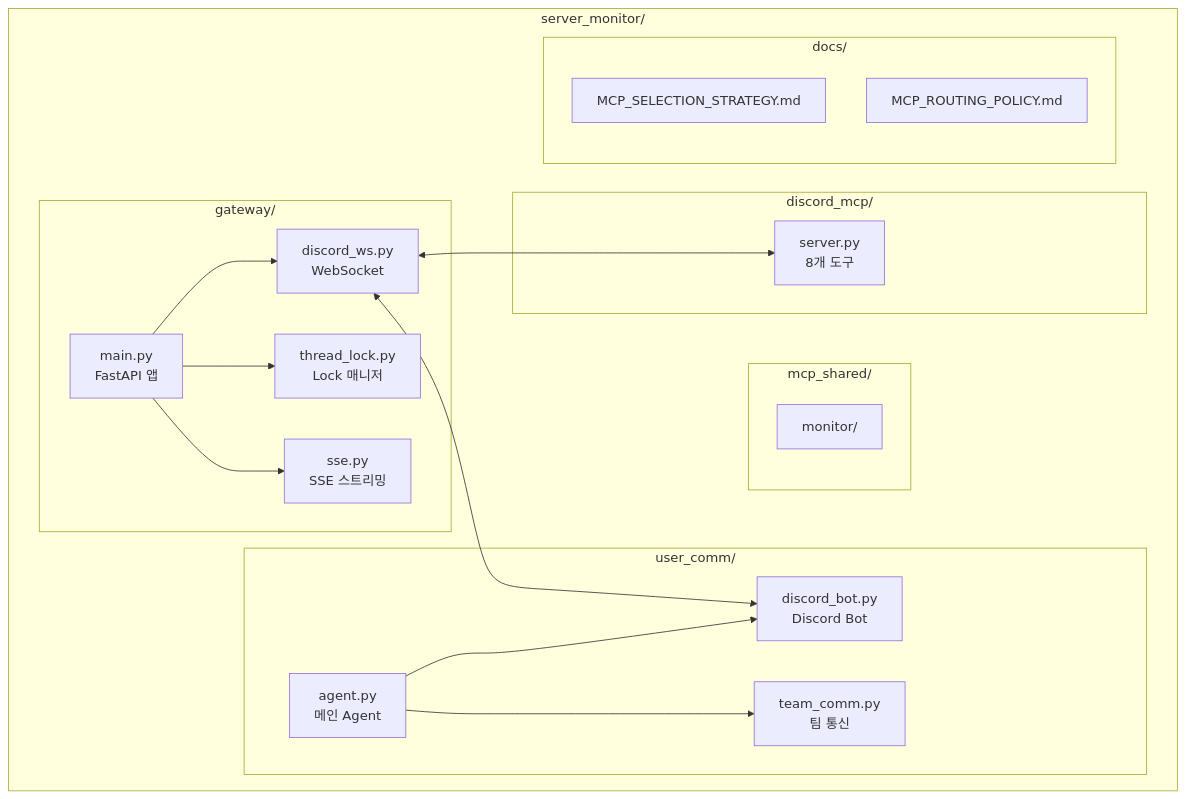
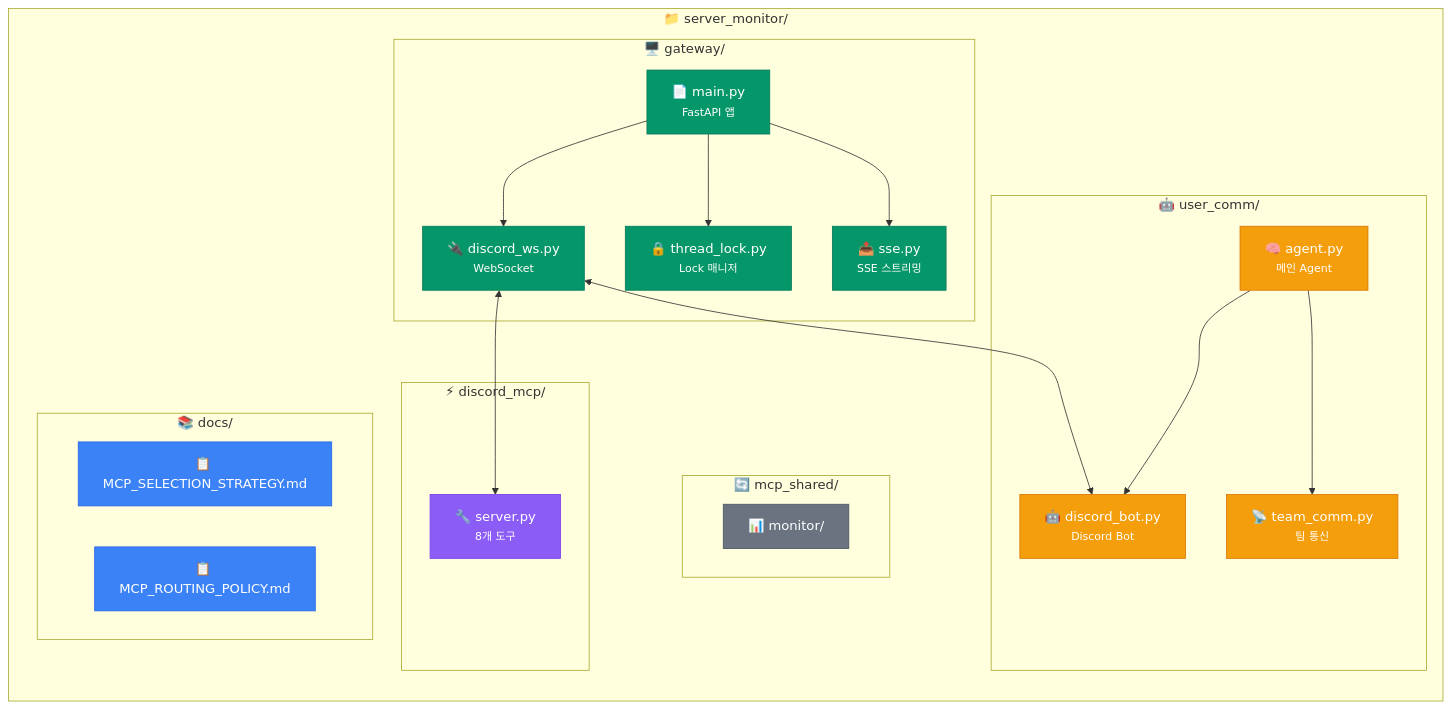
Before and after one commit to yarang/blogs: the seventh of 8 diagrams in content/ko/post/2026-03-01-013-discord-gateway-mcp-아키텍처-설계.md, drawn with Mermaid. The commit also changed other lines of this file and 4 other files, not shown here.

First line of the commit message:
Upgrade Mermaid diagrams with enhanced styling

````diff
--- a/content/ko/post/2026-03-01-013-discord-gateway-mcp-아키텍처-설계.md
+++ b/content/ko/post/2026-03-01-013-discord-gateway-mcp-아키텍처-설계.md
@@ -356,38 +408,47 @@
 ```mermaid
 flowchart TB
-    subgraph Project["server_monitor/"]
-        subgraph Gateway["gateway/"]
-            Main["main.py<br/>FastAPI 앱"]
-            WS["discord_ws.py<br/>WebSocket"]
-            Lock["thread_lock.py<br/>Lock 매니저"]
-            SSE["sse.py<br/>SSE 스트리밍"]
+    %% 스타일 정의
+    classDef gateway fill:#059669,stroke:#047857,color:#fff
+    classDef usercomm fill:#F59E0B,stroke:#D97706,color:#fff
+    classDef mcp fill:#8B5CF6,stroke:#7C3AED,color:#fff
+    classDef shared fill:#6B7280,stroke:#4B5563,color:#fff
+    classDef docs fill:#3B82F6,stroke:#2563EB,color:#fff
+
+    subgraph Project["📁 server_monitor/"]
+        direction TB
+
+        subgraph GwDir["🖥️ gateway/"]
+            Main["📄 main.py<br/><small>FastAPI 앱</small>"]:::gateway
+            WS["🔌 discord_ws.py<br/><small>WebSocket</small>"]:::gateway
+            Lock["🔒 thread_lock.py<br/><small>Lock 매니저</small>"]:::gateway
+            SSE["📤 sse.py<br/><small>SSE 스트리밍</small>"]:::gateway
         end
 
-        subgraph UserComm["user_comm/"]
-            Agent["agent.py<br/>메인 Agent"]
-            Bot["discord_bot.py<br/>Discord Bot"]
-            Team["team_comm.py<br/>팀 통신"]
+        subgraph UcDir["🤖 user_comm/"]
+            Agent["🧠 agent.py<br/><small>메인 Agent</small>"]:::usercomm
+            Bot["🤖 discord_bot.py<br/><small>Discord Bot</small>"]:::usercomm
+            Team["📡 team_comm.py<br/><small>팀 통신</small>"]:::usercomm
         end
 
-        subgraph MCP["discord_mcp/"]
-            Server["server.py<br/>8개 도구"]
+        subgraph McpDir["⚡ discord_mcp/"]
+            Server["🔧 server.py<br/><small>8개 도구</small>"]:::mcp
         end
 
-        subgraph Shared["mcp_shared/"]
-            Monitor["monitor/"]
+        subgraph SharedDir["🔄 mcp_shared/"]
+            Monitor["📊 monitor/"]:::shared
         end
 
-        subgraph Docs["docs/"]
-            Strategy["MCP_SELECTION_STRATEGY.md"]
-            Policy["MCP_ROUTING_POLICY.md"]
+        subgraph DocsDir["📚 docs/"]
+            Strategy["📋 MCP_SELECTION_STRATEGY.md"]:::docs
+            Policy["📋 MCP_ROUTING_POLICY.md"]:::docs
         end
     end
 
     Main --> WS
     Main --> Lock
     Main --> SSE
     WS <--> Server
     WS <--> Bot
     Agent --> Bot
     Agent --> Team
 ```
````
